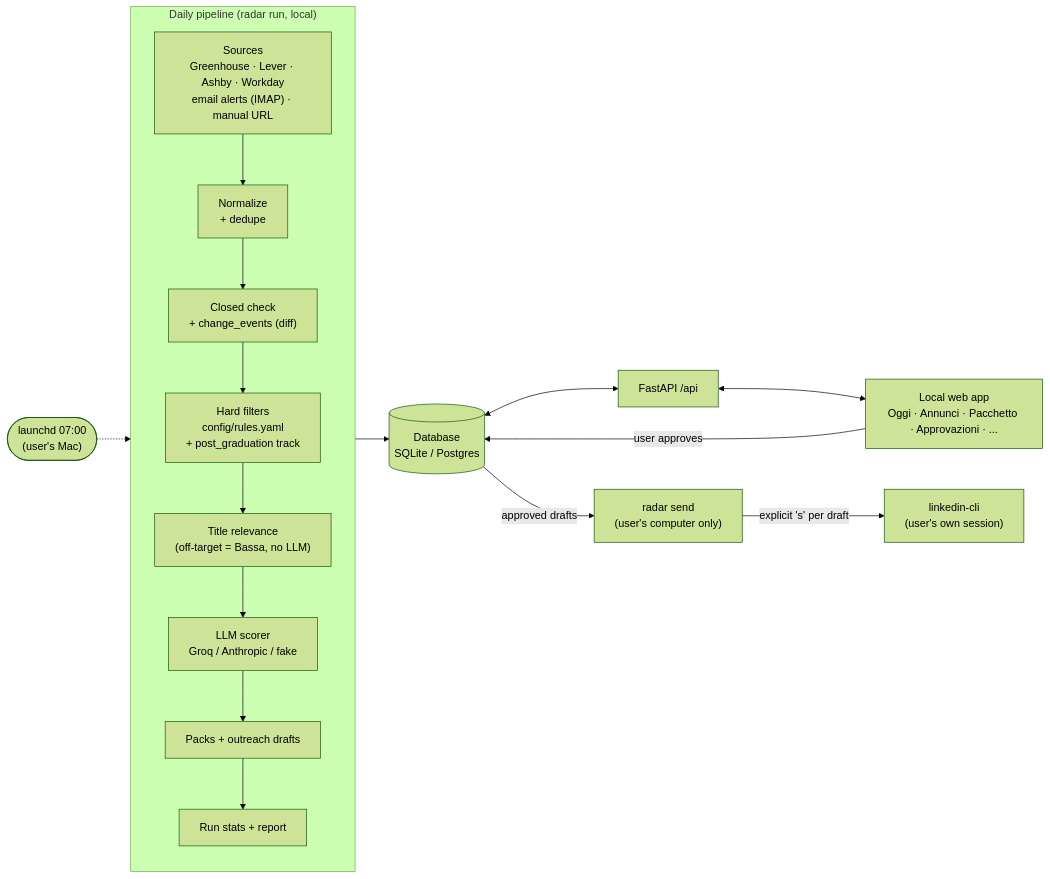
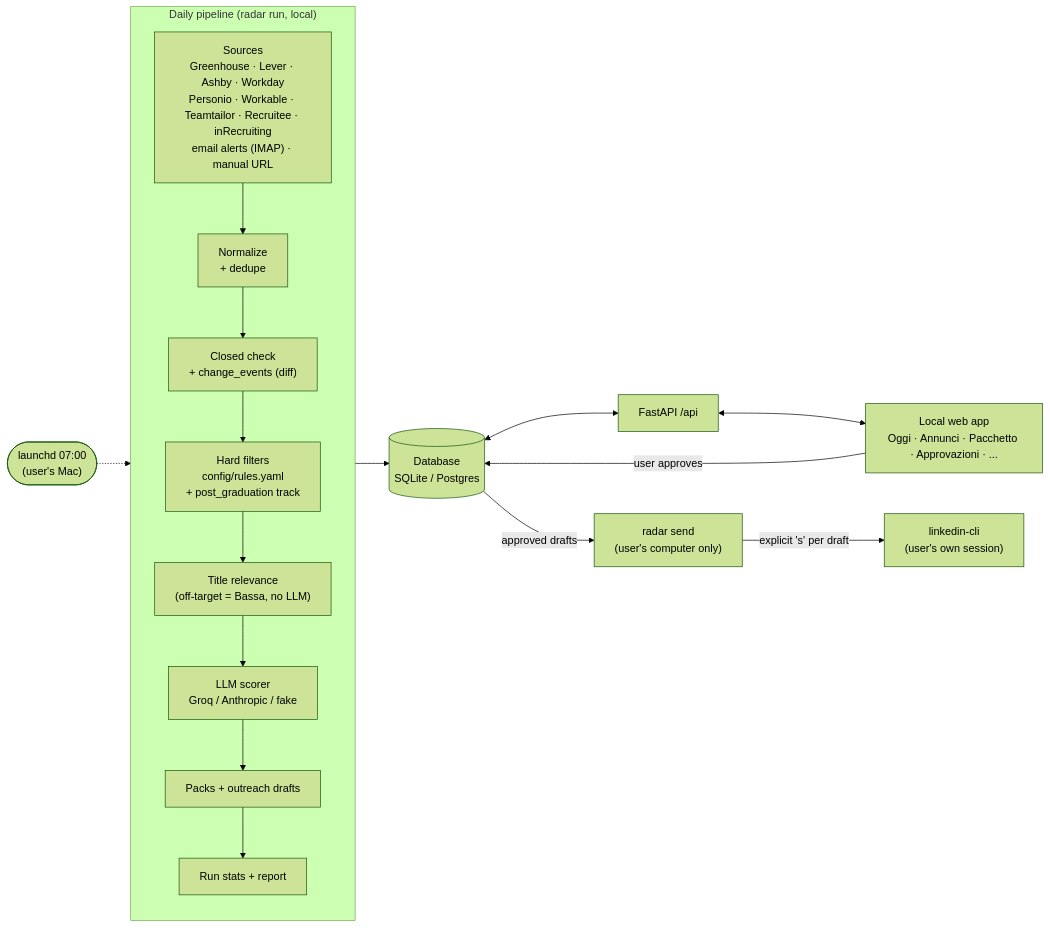
The diagram in docs/ARCHITECTURE.md (DanieleGiovanardi2408/speculor), drawn with Mermaid (forest theme) before and after one commit. The commit also changed other lines of this file and 6 other files, not shown here.

````diff
--- a/docs/ARCHITECTURE.md
+++ b/docs/ARCHITECTURE.md
@@ -11,19 +11,19 @@
 ```mermaid
 flowchart LR
     LD(["launchd 07:00<br/>(user's Mac)"]) -.-> Daily
     subgraph Daily["Daily pipeline (radar run, local)"]
-        S["Sources<br/>Greenhouse · Lever · Ashby · Workday<br/>email alerts (IMAP) · manual URL"] --> N["Normalize<br/>+ dedupe"]
+        S["Sources<br/>Greenhouse · Lever · Ashby · Workday<br/>Personio · Workable · Teamtailor · Recruitee · inRecruiting<br/>email alerts (IMAP) · manual URL"] --> N["Normalize<br/>+ dedupe"]
         N --> C["Closed check<br/>+ change_events (diff)"]
         C --> F["Hard filters<br/>config/rules.yaml<br/>+ post_graduation track"]
         F --> RL["Title relevance<br/>(off-target = Bassa, no LLM)"]
         RL --> L["LLM scorer<br/>Groq / Anthropic / fake"]
         L --> P["Packs + outreach drafts"]
         P --> R["Run stats + report"]
     end
     Daily --> DB[("Database<br/>SQLite / Postgres")]
     DB <--> API["FastAPI /api"]
     API <--> W["Local web app<br/>Oggi · Annunci · Pacchetto · Approvazioni · ..."]
     W -->|"user approves"| DB
     DB -->|"approved drafts"| SEND["radar send<br/>(user's computer only)"]
     SEND -->|"explicit 's' per draft"| LI["linkedin-cli<br/>(user's own session)"]
 ```
````
